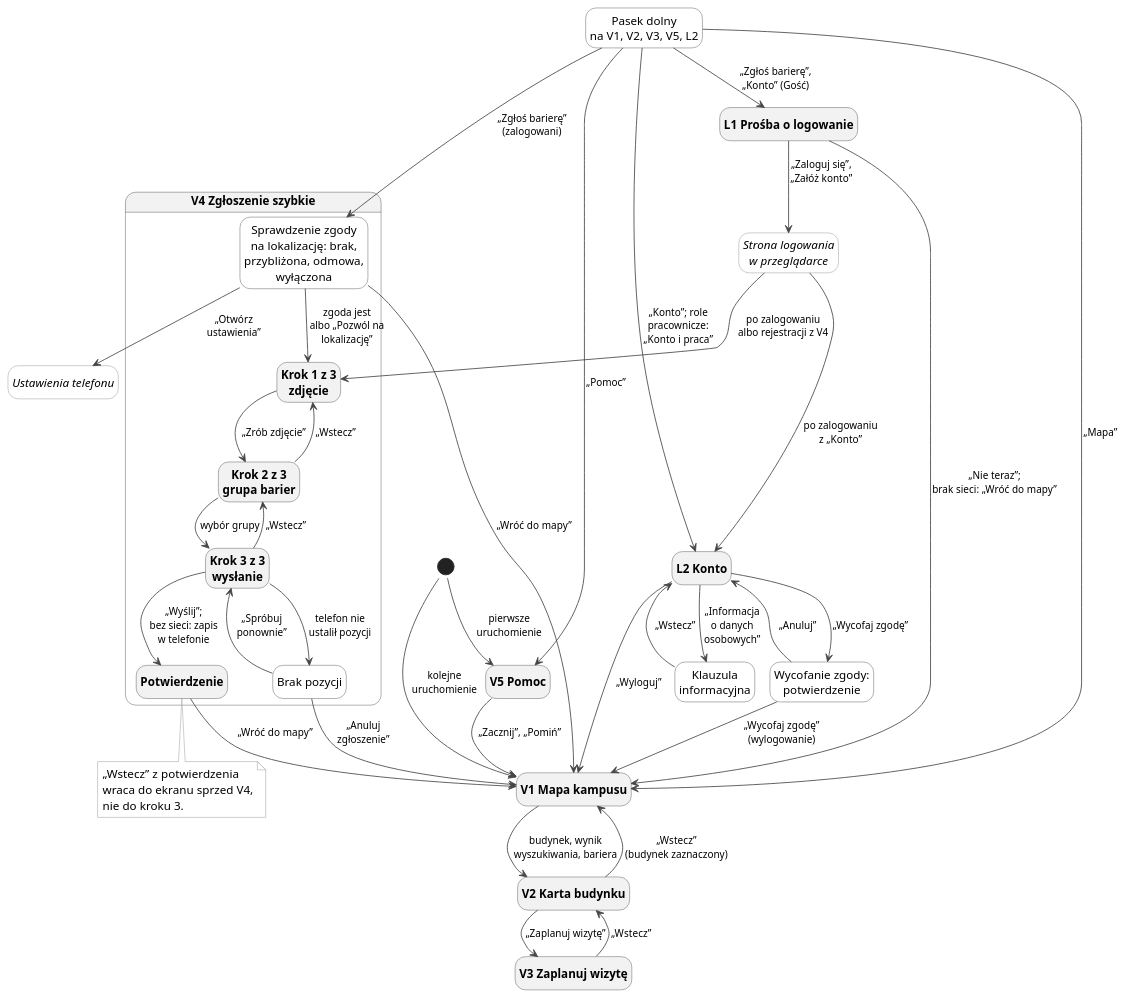
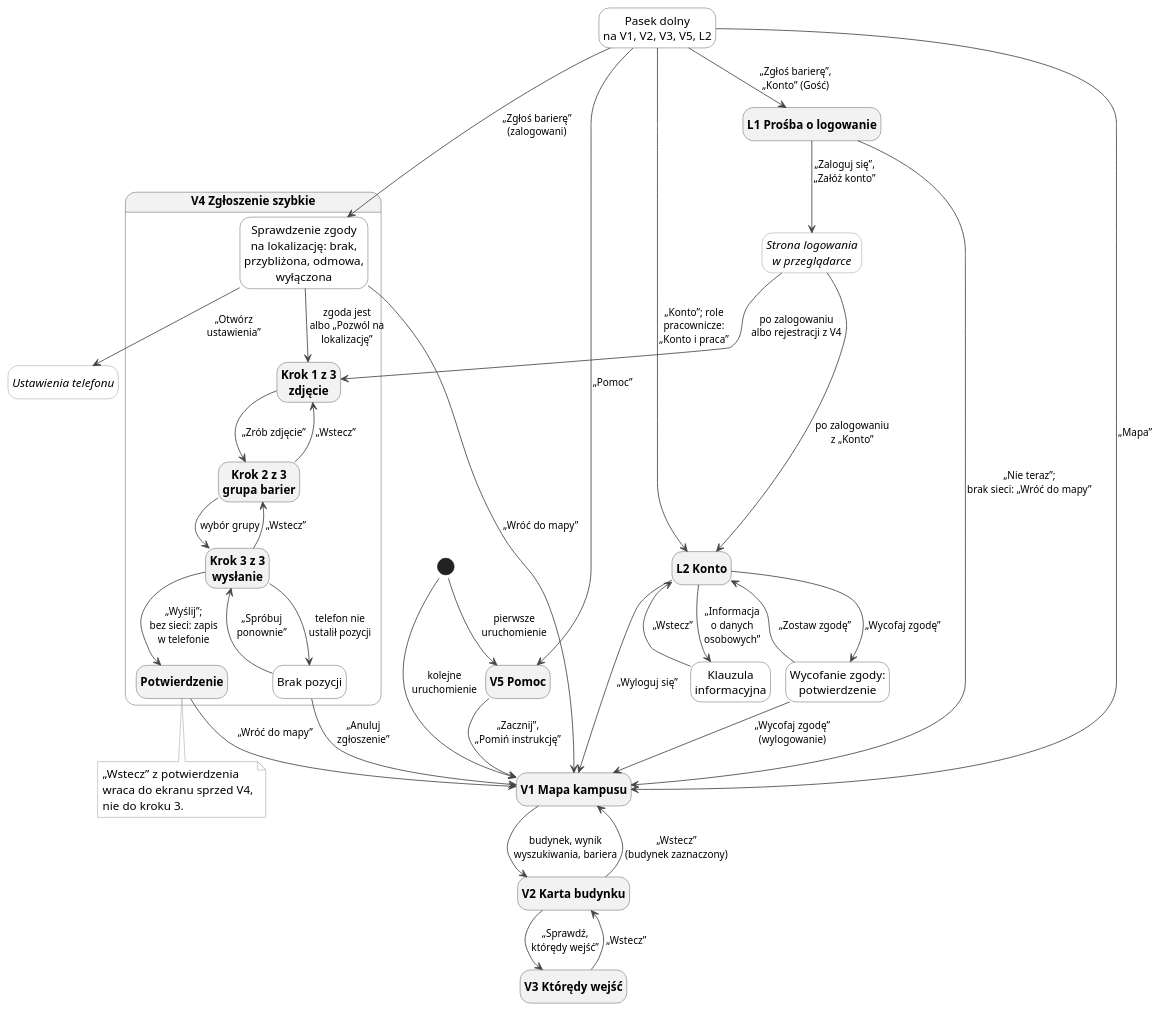
Before and after one commit to dostepny-kampus/dostepny-kampus: the diagram in docs/docs/ux/nawigacja-odwiedzajacy.puml, drawn with PlantUML. The commit also changed 3 other files, not shown here.

```diff
--- a/docs/docs/ux/nawigacja-odwiedzajacy.puml
+++ b/docs/docs/ux/nawigacja-odwiedzajacy.puml
@@ -1,92 +1,92 @@
 @startuml
 !pragma layout smetana
 hide empty description
 skinparam defaultFontSize 14
 skinparam ArrowColor #444444
 skinparam ArrowFontSize 12
 skinparam state {
   BackgroundColor #F2F2F2
   BorderColor #444444
   FontStyle bold
 }
 skinparam state<<poza>> {
   BackgroundColor #FFFFFF
   BorderColor #888888
   FontStyle italic
 }
 skinparam state<<stan>> {
   BackgroundColor #FFFFFF
   BorderColor #444444
   FontStyle normal
 }
 skinparam note {
   BackgroundColor #FFFFFF
   BorderColor #888888
 }
 
 state "V5 Pomoc" as V5
 state "V1 Mapa kampusu" as V1
 state "V2 Karta budynku" as V2
-state "V3 Zaplanuj wizytę" as V3
+state "V3 Którędy wejść" as V3
 state "Pasek dolny\nna V1, V2, V3, V5, L2" as PASEK <<stan>>
 state "L1 Prośba o logowanie" as L1
 state "L2 Konto" as L2
 state "Klauzula\ninformacyjna" as KL <<stan>>
 state "Wycofanie zgody:\npotwierdzenie" as WZ <<stan>>
 state "Strona logowania\nw przeglądarce" as WWW <<poza>>
 state "Ustawienia telefonu" as UST <<poza>>
 
 state "V4 Zgłoszenie szybkie" as V4 {
   state "Sprawdzenie zgody\nna lokalizację: brak,\nprzybliżona, odmowa,\nwyłączona" as ZG <<stan>>
   state "Krok 1 z 3\nzdjęcie" as K1
   state "Krok 2 z 3\ngrupa barier" as K2
   state "Krok 3 z 3\nwysłanie" as K3
   state "Brak pozycji" as BP <<stan>>
   state "Potwierdzenie" as POT
 }
 
 [*] --> V5 : pierwsze\nuruchomienie
 [*] --> V1 : kolejne\nuruchomienie
-V5 --> V1 : „Zacznij”, „Pomiń”
+V5 --> V1 : „Zacznij”,\n„Pomiń instrukcję”
 V1 --> V2 : budynek, wynik\nwyszukiwania, bariera
 V2 --> V1 : „Wstecz”\n(budynek zaznaczony)
-V2 --> V3 : „Zaplanuj wizytę”
+V2 --> V3 : „Sprawdź,\nktórędy wejść”
 V3 --> V2 : „Wstecz”
 
 PASEK --> V1 : „Mapa”
 PASEK --> V5 : „Pomoc”
 PASEK --> ZG : „Zgłoś barierę”\n(zalogowani)
 PASEK --> L1 : „Zgłoś barierę”,\n„Konto” (Gość)
 PASEK --> L2 : „Konto”; role\npracownicze:\n„Konto i praca”
 
 ZG --> K1 : zgoda jest\nalbo „Pozwól na\nlokalizację”
 ZG --> UST : „Otwórz\nustawienia”
 ZG --> V1 : „Wróć do mapy”
 K1 --> K2 : „Zrób zdjęcie”
 K2 --> K3 : wybór grupy
 K2 --> K1 : „Wstecz”
 K3 --> K2 : „Wstecz”
 K3 --> POT : „Wyślij”;\nbez sieci: zapis\nw telefonie
 K3 --> BP : telefon nie\nustalił pozycji
 BP --> K3 : „Spróbuj\nponownie”
 BP --> V1 : „Anuluj\nzgłoszenie”
 POT --> V1 : „Wróć do mapy”
 
 L1 --> WWW : „Zaloguj się”,\n„Załóż konto”
 WWW --> K1 : po zalogowaniu\nalbo rejestracji z V4
 WWW --> L2 : po zalogowaniu\nz „Konto”
 L1 --> V1 : „Nie teraz”;\nbrak sieci: „Wróć do mapy”
 
-L2 --> V1 : „Wyloguj”
+L2 --> V1 : „Wyloguj się”
 L2 --> WZ : „Wycofaj zgodę”
-WZ --> L2 : „Anuluj”
+WZ --> L2 : „Zostaw zgodę”
 WZ --> V1 : „Wycofaj zgodę”\n(wylogowanie)
 L2 --> KL : „Informacja\no danych\nosobowych”
 KL --> L2 : „Wstecz”
 
 note bottom of POT
   „Wstecz” z potwierdzenia
   wraca do ekranu sprzed V4,
   nie do kroku 3.
 end note
 @enduml
```
